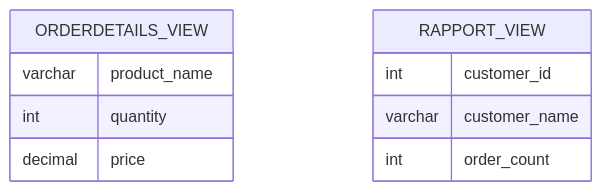
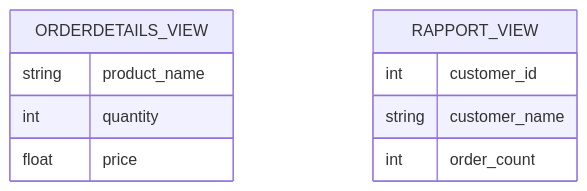
Before and after one commit to Larisa-E/KaosTek: the second of 2 diagrams in README.md, drawn with Mermaid. The commit also changed other lines of this file, not shown here.

Commit message:
Docs: fix Mermaid ER syntax (use supported types) for GitHub rendering

````diff
--- a/README.md
+++ b/README.md
@@ -108,13 +108,13 @@
 ```mermaid
 erDiagram
    ORDERDETAILS_VIEW {
-      varchar product_name
+      string product_name
       int quantity
-      decimal price
+      float price
    }
    RAPPORT_VIEW {
       int customer_id
-      varchar customer_name
+      string customer_name
       int order_count
    }
 ```
````
